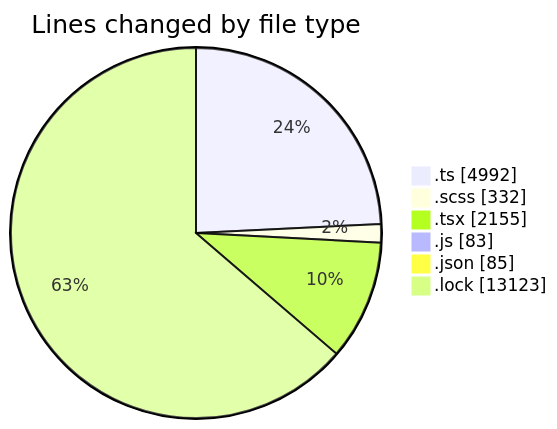
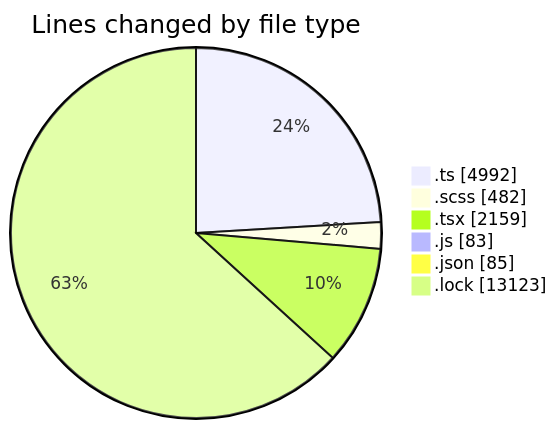
Before and after one commit to momahboobian/code-tracking: the first of 2 diagrams in 2025-09-12/cda/README.md, drawn with Mermaid. The commit also changed other lines of this file and 1 other file, not shown here.

````diff
--- a/2025-09-12/cda/README.md
+++ b/2025-09-12/cda/README.md
@@ -34,10 +34,10 @@
 ```mermaid
 pie showData
 title Lines changed by file type
 ".ts" : 4992
-".scss" : 332
-".tsx" : 2155
+".scss" : 482
+".tsx" : 2159
 ".js" : 83
 ".json" : 85
 ".lock" : 13123
 ```
````
